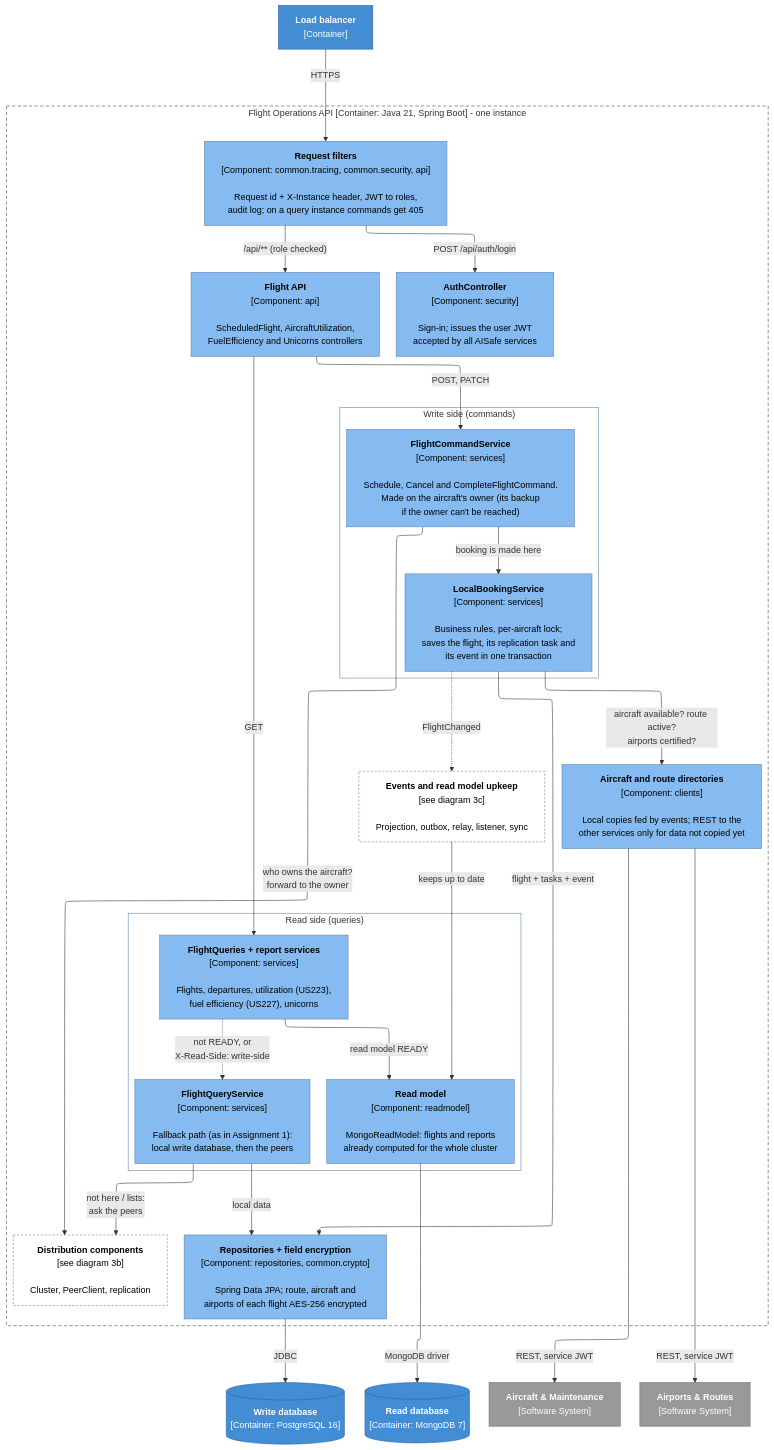
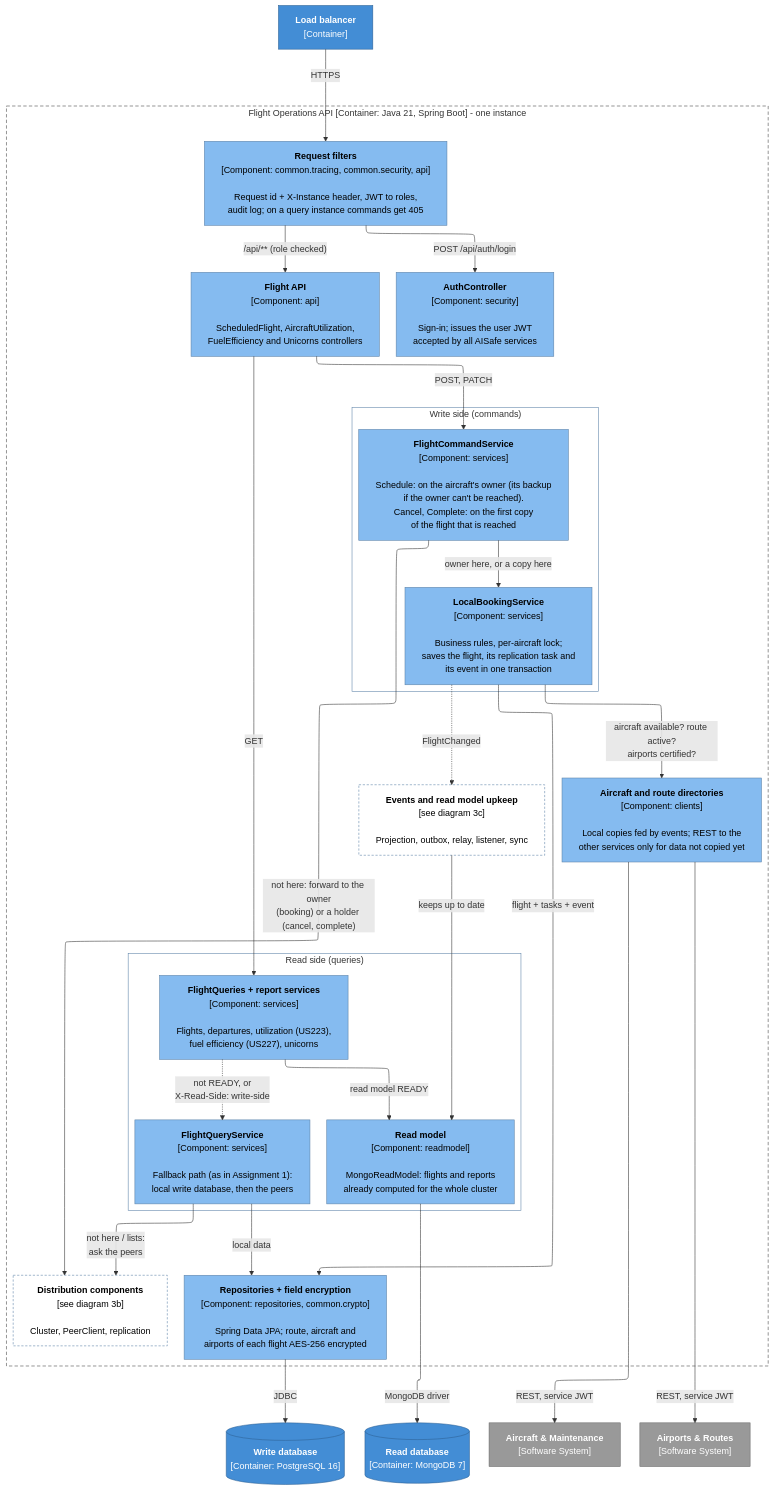
The diagram in docs/c4/3a-components-requests.mmd (ImJay1527/flight-operations-service), drawn with Mermaid before and after one commit. The commit also changed 9 other files, not shown here.

First line of the commit message:
Cancel and complete in the C4 views, A2 screenshots, folder 17 waits for the projection

```diff
--- a/docs/c4/3a-components-requests.mmd
+++ b/docs/c4/3a-components-requests.mmd
@@ -1,71 +1,71 @@
 ---
 config:
   layout: elk
   flowchart:
     wrappingWidth: 400
 ---
 %% C4 Level 3a - Components of the Flight Operations API: the path of a client request, commands and queries apart (CQRS)
 flowchart TB
     lb["<b>Load balancer</b><br/>[Container]"]
 
     subgraph API["Flight Operations API [Container: Java 21, Spring Boot] - one instance"]
         direction TB
         filters["<b>Request filters</b><br/>[Component: common.tracing, common.security, api]<br/><br/>Request id + X-Instance header, JWT to roles,<br/>audit log; on a query instance commands get 405"]
         auth["<b>AuthController</b><br/>[Component: security]<br/><br/>Sign-in; issues the user JWT<br/>accepted by all AISafe services"]
         flightApi["<b>Flight API</b><br/>[Component: api]<br/><br/>ScheduledFlight, AircraftUtilization,<br/>FuelEfficiency and Unicorns controllers"]
 
         subgraph CMD["Write side (commands)"]
             direction TB
-            commands["<b>FlightCommandService</b><br/>[Component: services]<br/><br/>Schedule, Cancel and CompleteFlightCommand.<br/>Made on the aircraft's owner (its backup<br/>if the owner can't be reached)"]
+            commands["<b>FlightCommandService</b><br/>[Component: services]<br/><br/>Schedule: on the aircraft's owner (its backup<br/>if the owner can't be reached).<br/>Cancel, Complete: on the first copy<br/>of the flight that is reached"]
             lbs["<b>LocalBookingService</b><br/>[Component: services]<br/><br/>Business rules, per-aircraft lock;<br/>saves the flight, its replication task and<br/>its event in one transaction"]
         end
 
         subgraph QRY["Read side (queries)"]
             direction TB
             queries["<b>FlightQueries + report services</b><br/>[Component: services]<br/><br/>Flights, departures, utilization (US223),<br/>fuel efficiency (US227), unicorns"]
             readModel["<b>Read model</b><br/>[Component: readmodel]<br/><br/>MongoReadModel: flights and reports<br/>already computed for the whole cluster"]
             fallback["<b>FlightQueryService</b><br/>[Component: services]<br/><br/>Fallback path (as in Assignment 1):<br/>local write database, then the peers"]
         end
 
         clients["<b>Aircraft and route directories</b><br/>[Component: clients]<br/><br/>Local copies fed by events; REST to the<br/>other services only for data not copied yet"]
         repos["<b>Repositories + field encryption</b><br/>[Component: repositories, common.crypto]<br/><br/>Spring Data JPA; route, aircraft and<br/>airports of each flight AES-256 encrypted"]
         dist["<b>Distribution components</b><br/>[see diagram 3b]<br/><br/>Cluster, PeerClient, replication"]
         events["<b>Events and read model upkeep</b><br/>[see diagram 3c]<br/><br/>Projection, outbox, relay, listener, sync"]
     end
 
     db[("<b>Write database</b><br/>[Container: PostgreSQL 16]")]
     rdb[("<b>Read database</b><br/>[Container: MongoDB 7]")]
     am["<b>Aircraft & Maintenance</b><br/>[Software System]"]
     ar["<b>Airports & Routes</b><br/>[Software System]"]
 
     lb -->|"HTTPS"| filters
     filters -->|"POST /api/auth/login"| auth
     filters -->|"/api/** (role checked)"| flightApi
     flightApi -->|"POST, PATCH"| commands
     flightApi -->|"GET"| queries
-    commands -->|"who owns the aircraft?<br/>forward to the owner"| dist
-    commands -->|"booking is made here"| lbs
+    commands -->|"not here: forward to the owner<br/>(booking) or a holder (cancel, complete)"| dist
+    commands -->|"owner here, or a copy here"| lbs
     lbs -->|"aircraft available? route active?<br/>airports certified?"| clients
     lbs -->|"flight + tasks + event"| repos
     lbs -.->|"FlightChanged"| events
     queries -->|"read model READY"| readModel
     queries -.->|"not READY, or<br/>X-Read-Side: write-side"| fallback
     fallback -->|"local data"| repos
     fallback -->|"not here / lists:<br/>ask the peers"| dist
     events -->|"keeps up to date"| readModel
     readModel -->|"MongoDB driver"| rdb
     repos -->|"JDBC"| db
     clients -->|"REST, service JWT"| am
     clients -->|"REST, service JWT"| ar
 
     classDef component fill:#85bbf0,stroke:#5d82a8,color:#000000
     classDef container fill:#438dd5,stroke:#2e6295,color:#ffffff
     classDef external fill:#999999,stroke:#6b6b6b,color:#ffffff
     classDef elsewhere fill:#ffffff,stroke:#5d82a8,color:#000000,stroke-dasharray:4 3
     class filters,auth,flightApi,commands,lbs,queries,readModel,fallback,clients,repos component
     class dist,events elsewhere
     class lb,db,rdb container
     class am,ar external
     style API fill:none,stroke:#444444,stroke-dasharray:6 4
     style CMD fill:none,stroke:#5d82a8
     style QRY fill:none,stroke:#5d82a8
```
